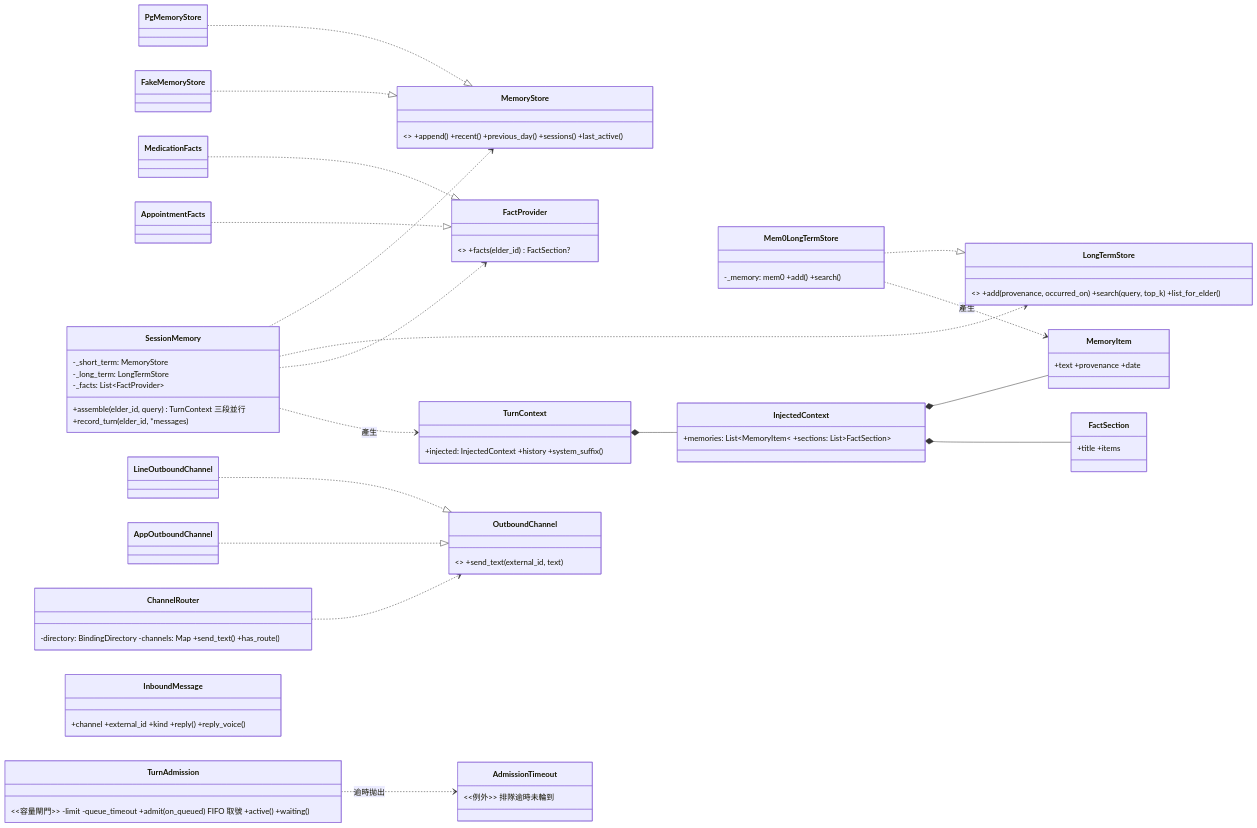
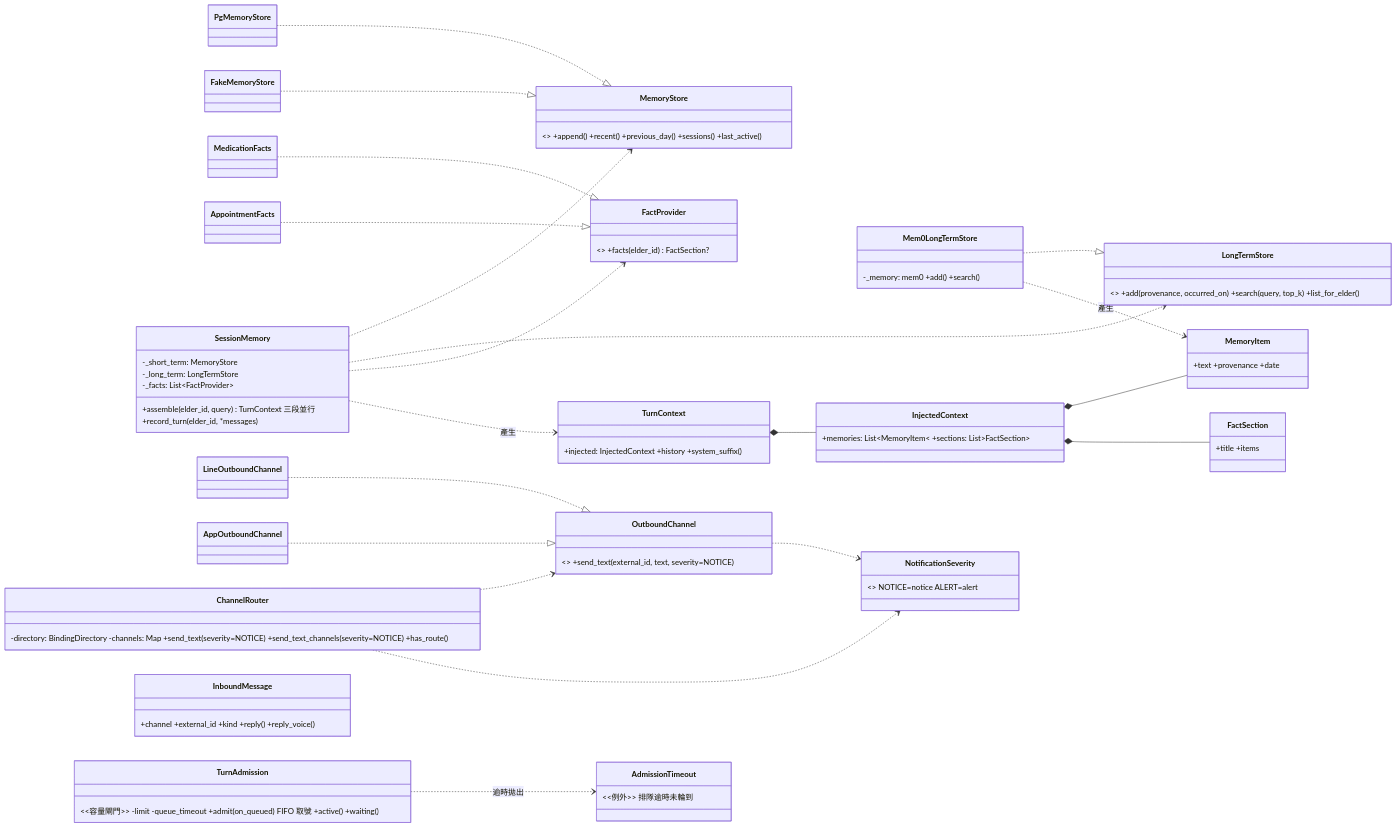
One commit to leo53021313/kinsun changed the third of 7 diagrams in docs/dev/10_類別關係.md. Above: the diagram before and after it, drawn with Mermaid. The commit also changed other lines of this file and 7 other files, not shown here.

First line of the commit message:
docs(dev): 同步通知分級的 Schema、API 與前端契約（15 §2 逐列）

````diff
--- a/docs/dev/10_類別關係.md
+++ b/docs/dev/10_類別關係.md
@@ -168,48 +168,51 @@
 ```mermaid
 classDiagram
     direction LR
     class SessionMemory {
         -_short_term: MemoryStore
         -_long_term: LongTermStore
         -_facts: List~FactProvider~
         +assemble(elder_id, query) TurnContext 三段並行
         +record_turn(elder_id, *messages)
     }
     class MemoryStore { <<Protocol>> +append() +recent() +previous_day() +sessions() +last_active() }
     class PgMemoryStore
     class FakeMemoryStore
     class LongTermStore { <<Protocol>> +add(provenance, occurred_on) +search(query, top_k) +list_for_elder() }
     class Mem0LongTermStore { -_memory: mem0 +add() +search() }
     class FactProvider { <<Protocol>> +facts(elder_id) FactSection? }
     class MedicationFacts
     class AppointmentFacts
     class TurnContext { +injected: InjectedContext +history +system_suffix() }
     class InjectedContext { +memories: List~MemoryItem~ +sections: List~FactSection~ }
     class MemoryItem { +text +provenance +date }
     class FactSection { +title +items }
-    class ChannelRouter { -directory: BindingDirectory -channels: Map +send_text() +has_route() }
-    class OutboundChannel { <<Protocol>> +send_text(external_id, text) }
+    class ChannelRouter { -directory: BindingDirectory -channels: Map +send_text(severity=NOTICE) +send_text_channels(severity=NOTICE) +has_route() }
+    class OutboundChannel { <<Protocol>> +send_text(external_id, text, severity=NOTICE) }
     class LineOutboundChannel
     class AppOutboundChannel
+    class NotificationSeverity { <<StrEnum>> NOTICE=notice ALERT=alert }
     class InboundMessage { +channel +external_id +kind +reply() +reply_voice() }
     class TurnAdmission { <<容量閘門>> -limit -queue_timeout +admit(on_queued) FIFO 取號 +active() +waiting() }
     class AdmissionTimeout { <<例外>> 排隊逾時未輪到 }
 
     PgMemoryStore ..|> MemoryStore
     FakeMemoryStore ..|> MemoryStore
     Mem0LongTermStore ..|> LongTermStore
     MedicationFacts ..|> FactProvider
     AppointmentFacts ..|> FactProvider
     SessionMemory ..> MemoryStore
     SessionMemory ..> LongTermStore
     SessionMemory ..> FactProvider
     SessionMemory ..> TurnContext : 產生
     TurnContext *-- InjectedContext
     InjectedContext *-- MemoryItem
     InjectedContext *-- FactSection
     Mem0LongTermStore ..> MemoryItem : 產生
     LineOutboundChannel ..|> OutboundChannel
     AppOutboundChannel ..|> OutboundChannel
     ChannelRouter ..> OutboundChannel
+    OutboundChannel ..> NotificationSeverity
+    ChannelRouter ..> NotificationSeverity
     TurnAdmission ..> AdmissionTimeout : 逾時拋出
 ```
````
